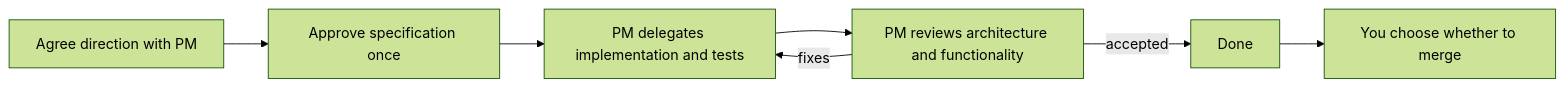
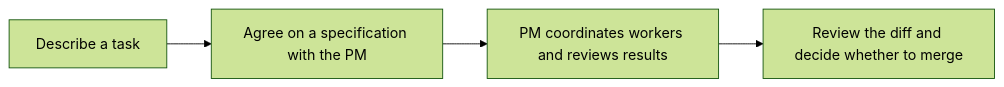
One commit to AquilaWei/harnessboard changed the diagram in README.md. Above: the diagram before and after it, drawn with Mermaid (forest theme). The commit also changed other lines of this file and 1 other file, not shown here.

````diff
--- a/README.md
+++ b/README.md
@@ -179,9 +11,6 @@
 ```mermaid
 flowchart LR
-  U[Agree direction with PM] --> A[Approve specification once]
-  A --> W[PM delegates implementation and tests]
-  W --> R[PM reviews architecture and functionality]
-  R -->|fixes| W
-  R -->|accepted| D[Done]
-  D --> M[You choose whether to merge]
+  A[Describe a task] --> B[Agree on a specification with the PM]
+  B --> C[PM coordinates workers and reviews results]
+  C --> D[Review the diff and decide whether to merge]
 ```
````
